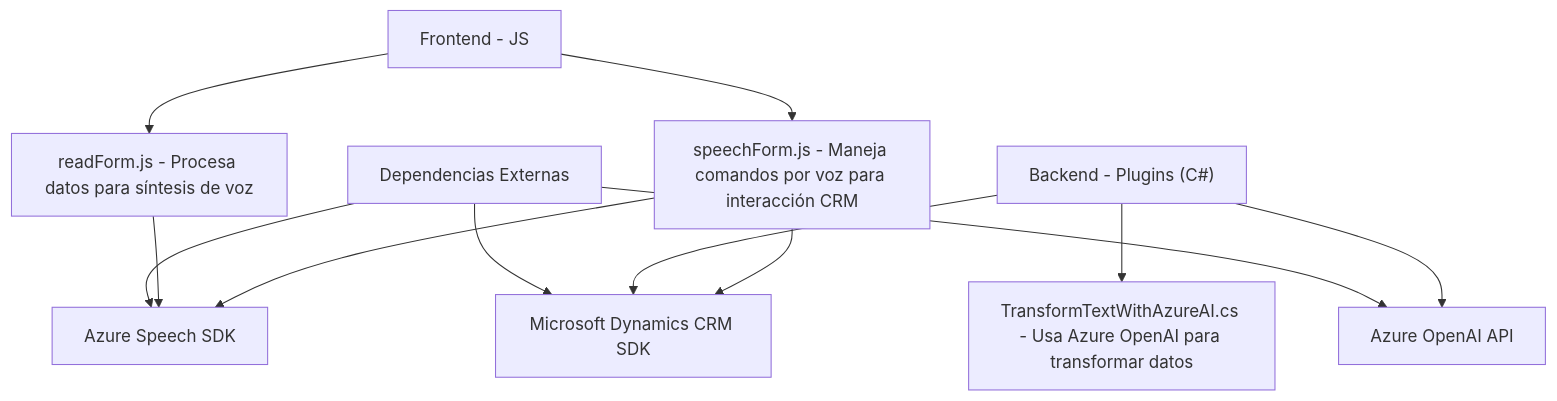
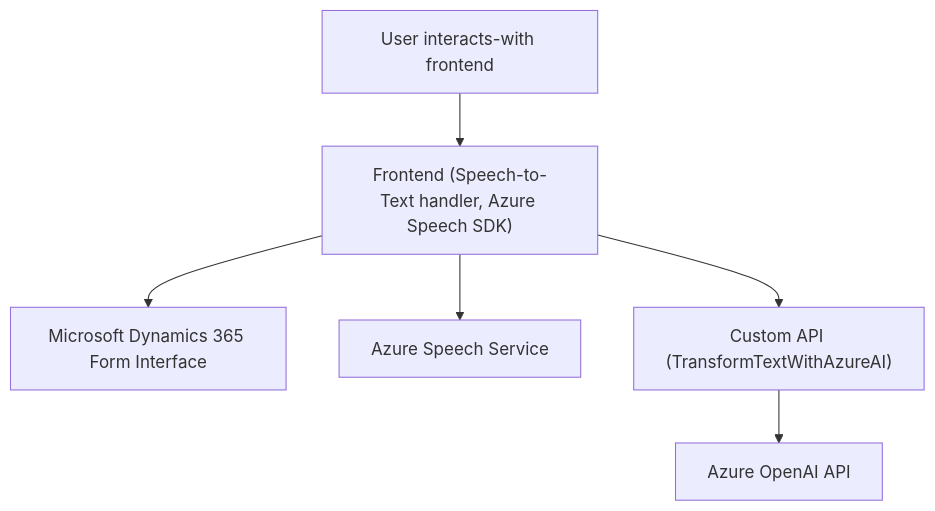
The diagram in README.md (blopezdm/NETCORE_BILBAO2025), drawn with Mermaid before and after one commit. The commit also changed other lines of this file, not shown here.

````diff
--- a/README.md
+++ b/README.md
@@ -35,14 +63,15 @@
 ```mermaid
 graph TD
-    A["Frontend - JS"] --> B["readForm.js - Procesa datos para síntesis de voz"]
-    A --> C["speechForm.js - Maneja comandos por voz para interacción CRM"]
-    D["Backend - Plugins (C#)"] --> E["TransformTextWithAzureAI.cs - Usa Azure OpenAI para transformar datos"]
-    F["Dependencias Externas"] --> G["Azure Speech SDK"]
-    F --> H["Azure OpenAI API"]
-    F --> I["Microsoft Dynamics CRM SDK"]
-    B --> G
-    C --> G
-    D --> H
-    D --> I
-    C --> I
+    A["User interacts-with frontend"]
+    B["Frontend (Speech-to-Text handler, Azure Speech SDK)"]
+    C["Microsoft Dynamics 365 Form Interface"]
+    D["Azure Speech Service"]
+    E["Custom API (TransformTextWithAzureAI)"]
+    F["Azure OpenAI API"]
+    
+    A --> B
+    B --> D
+    B --> C
+    B --> E
+    E --> F
 ```
````
